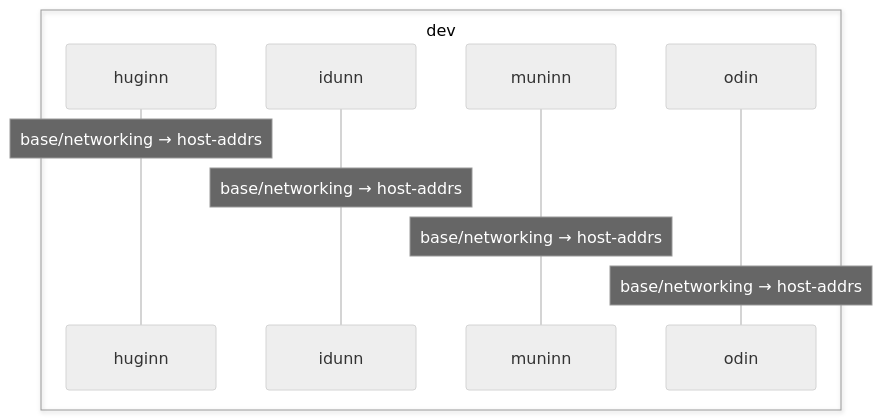
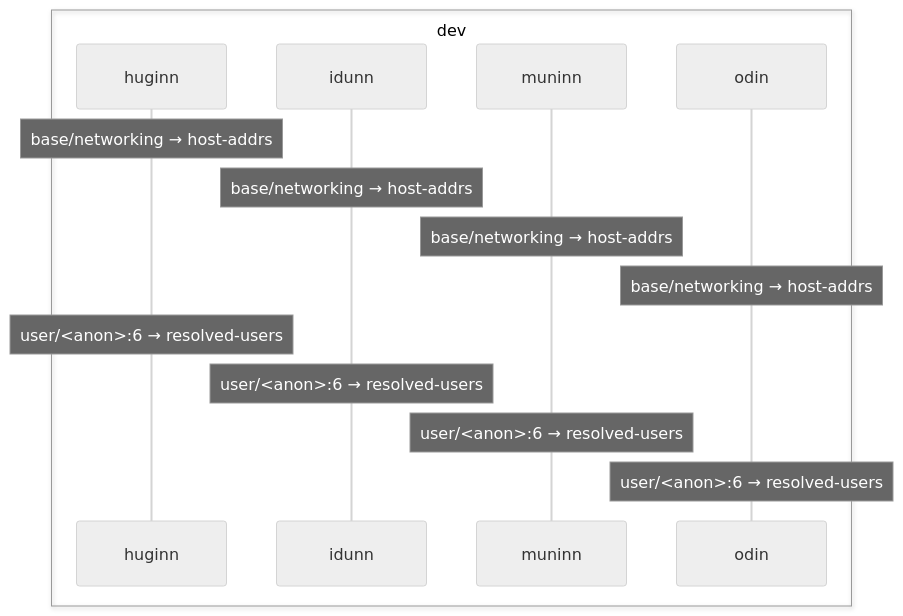
The fourth of 4 diagrams in README.md (illusaen/denix), drawn with Mermaid (neutral theme) before and after one commit. The commit also changed other lines of this file, not shown here.

Commit message:
ran .#diagrams.write-diagrams

````diff
--- a/README.md
+++ b/README.md
@@ -115,16 +115,21 @@
 ```mermaid
 sequenceDiagram
     box dev
     participant huginn as huginn
     participant idunn as idunn
     participant muninn as muninn
     participant odin as odin
     end
     box prod
     end
 
     Note over huginn: base/networking → host-addrs
     Note over idunn: base/networking → host-addrs
     Note over muninn: base/networking → host-addrs
     Note over odin: base/networking → host-addrs
+
+    Note over huginn: user/<anon>:6 → resolved-users
+    Note over idunn: user/<anon>:6 → resolved-users
+    Note over muninn: user/<anon>:6 → resolved-users
+    Note over odin: user/<anon>:6 → resolved-users
 ```
````
